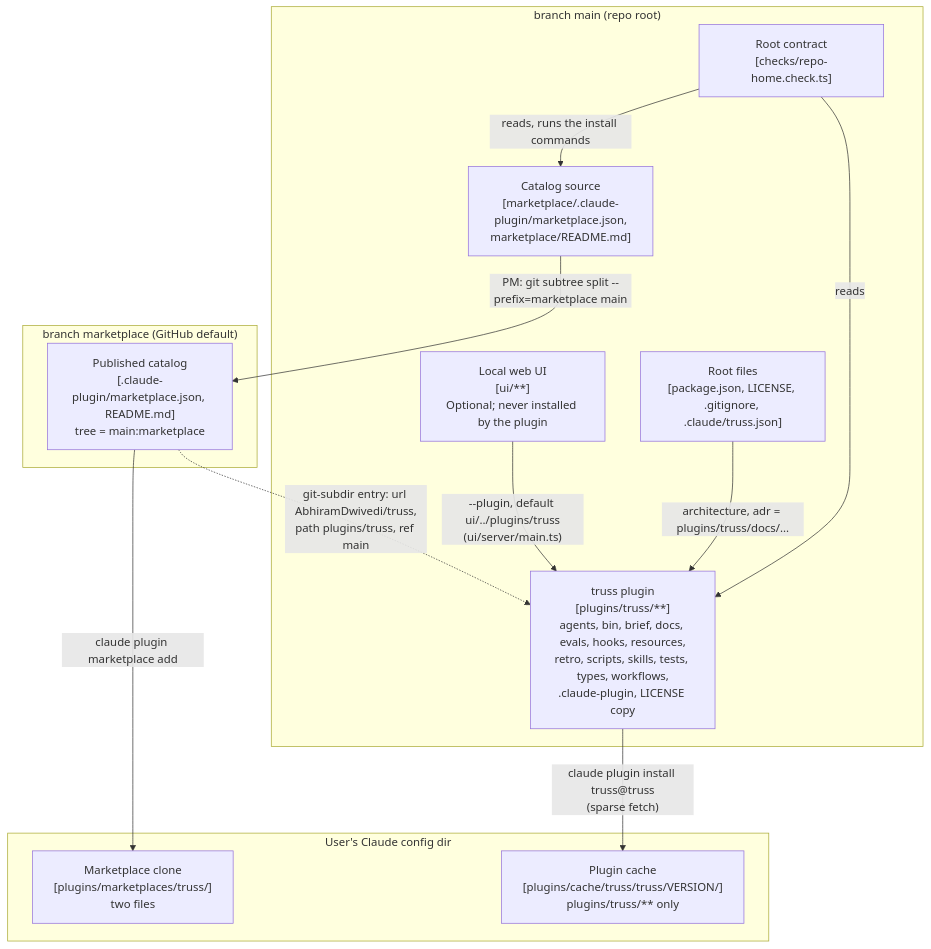
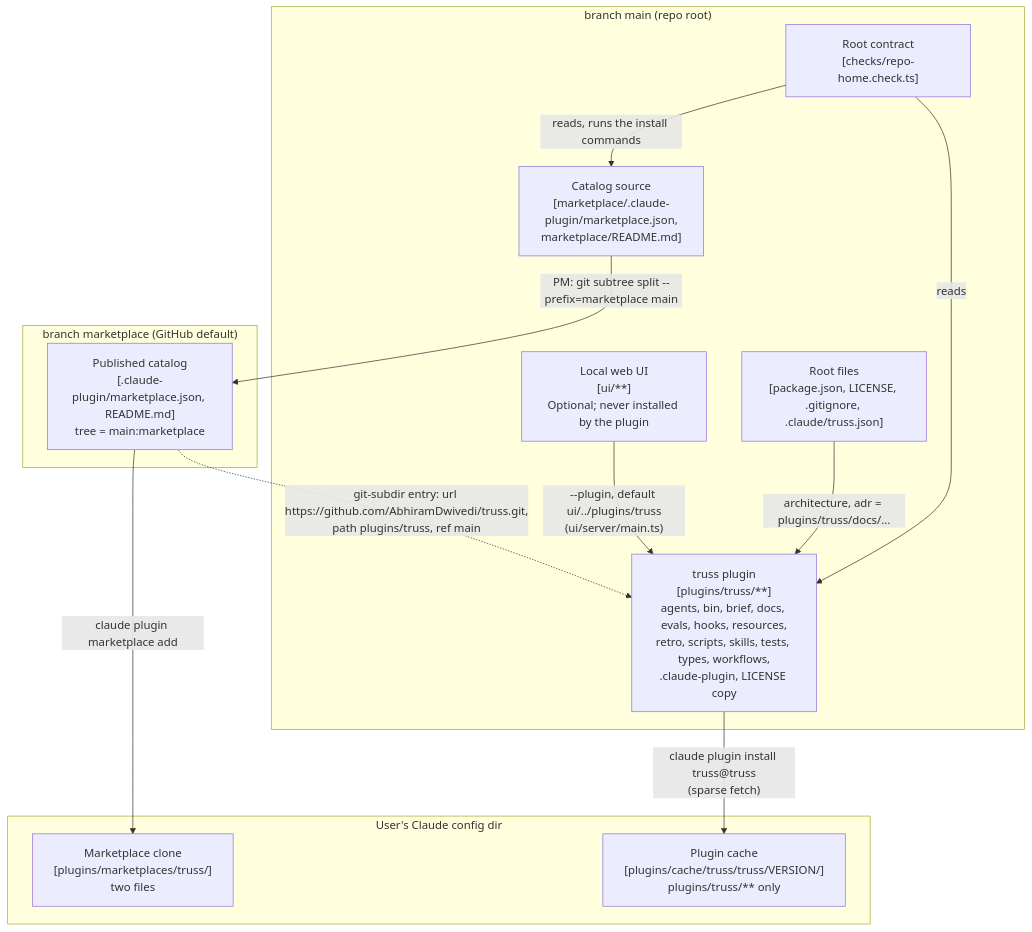
Before and after one commit to AbhiramDwivedi/truss: diagram 21 of 23 in plugins/truss/docs/architecture.md, drawn with Mermaid. The commit also changed other lines of this file and 4 other files, not shown here.

First line of the commit message:
docs(adr): ADR-0021 plugin dependencies on claude-ops, with links and full https urls

````diff
--- a/plugins/truss/docs/architecture.md
+++ b/plugins/truss/docs/architecture.md
@@ -1216,26 +1216,26 @@
 ```mermaid
 flowchart TB
   subgraph main["branch main (repo root)"]
     plugin["truss plugin<br/>[plugins/truss/**]<br/>agents, bin, brief, docs, evals, hooks, resources,<br/>retro, scripts, skills, tests, types, workflows,<br/>.claude-plugin, LICENSE copy"]
     ui["Local web UI<br/>[ui/**]<br/>Optional; never installed by the plugin"]
     mdir["Catalog source<br/>[marketplace/.claude-plugin/marketplace.json,<br/>marketplace/README.md]"]
     checks["Root contract<br/>[checks/repo-home.check.ts]"]
     root["Root files<br/>[package.json, LICENSE, .gitignore, .claude/truss.json]"]
   end
   subgraph mbranch["branch marketplace (GitHub default)"]
     cat["Published catalog<br/>[.claude-plugin/marketplace.json, README.md]<br/>tree = main:marketplace"]
   end
   subgraph cfg["User's Claude config dir"]
     mclone["Marketplace clone<br/>[plugins/marketplaces/truss/]<br/>two files"]
     cache["Plugin cache<br/>[plugins/cache/truss/truss/VERSION/]<br/>plugins/truss/** only"]
   end
 
   mdir -->|"PM: git subtree split --prefix=marketplace main"| cat
-  cat -.->|"git-subdir entry: url AbhiramDwivedi/truss,<br/>path plugins/truss, ref main"| plugin
+  cat -.->|"git-subdir entry: url https://github.com/AbhiramDwivedi/truss.git,<br/>path plugins/truss, ref main"| plugin
   ui -->|"--plugin, default ui/../plugins/truss<br/>(ui/server/main.ts)"| plugin
   root -->|"architecture, adr = plugins/truss/docs/..."| plugin
   checks -->|"reads, runs the install commands"| mdir
   checks -->|"reads"| plugin
   cat -->|"claude plugin marketplace add"| mclone
   plugin -->|"claude plugin install truss@truss<br/>(sparse fetch)"| cache
 ```
````
